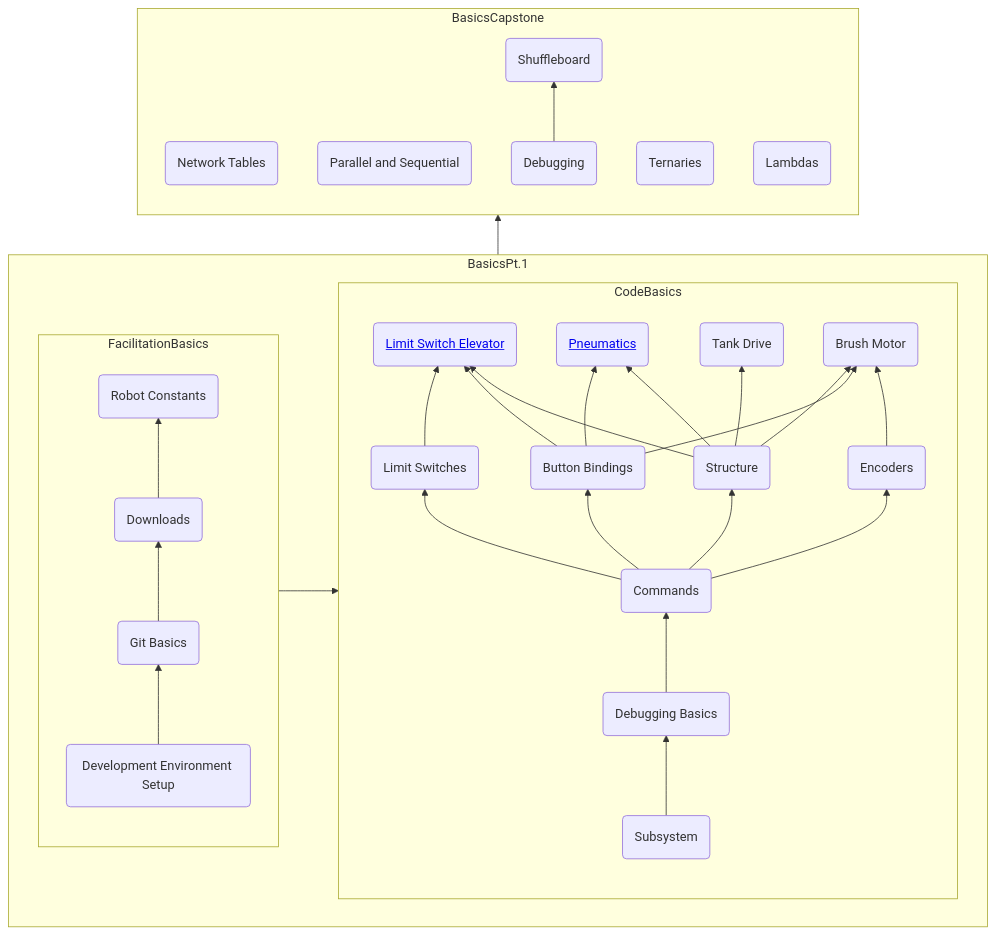
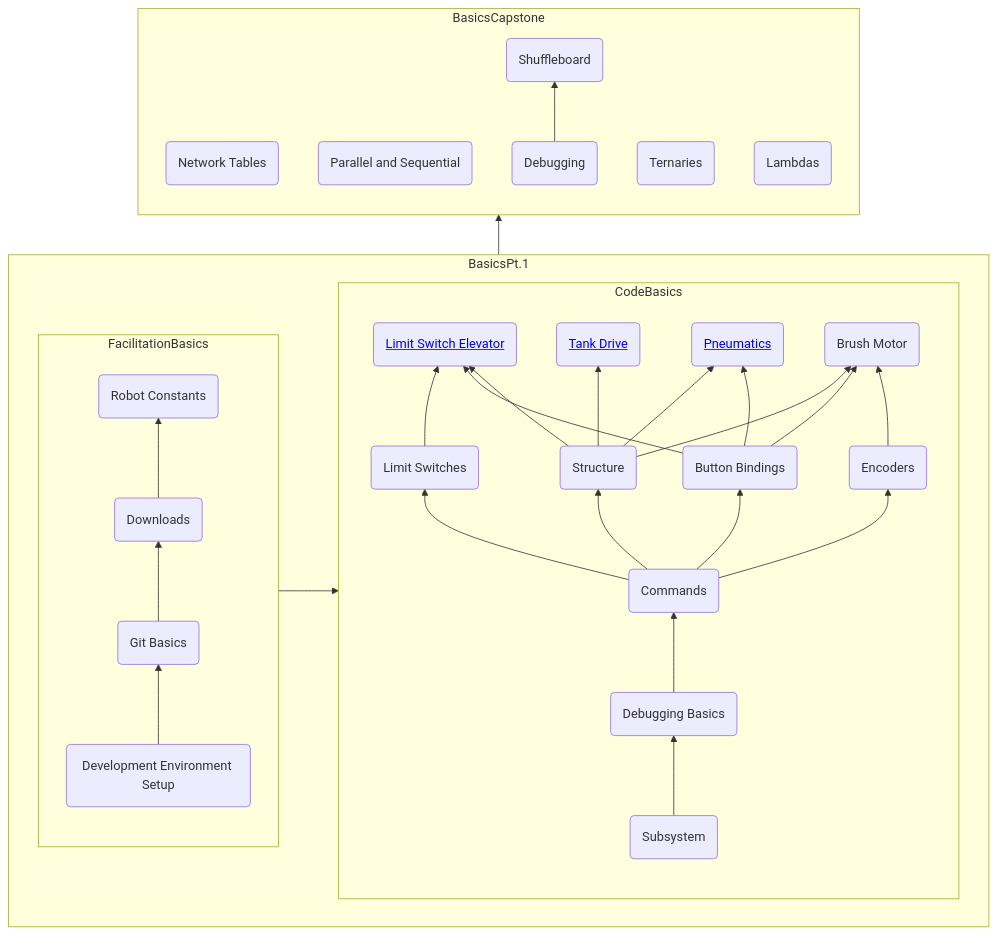
Before and after one commit to Lakemonsters2635/training: the diagram in README.md, drawn with Mermaid.

Commit message:
tank drive code

````diff
--- a/README.md
+++ b/README.md
@@ -8,41 +8,41 @@
 ```mermaid
     flowchart BT
     subgraph BasicsPt.1
         direction LR
         subgraph FacilitationBasics
             direction BT
             id0(Development Environment Setup)-->id1
             id1(Git Basics)-->id12(Downloads);
             id12-->id2(Robot Constants);
         end
         subgraph CodeBasics
             direction BT
             id11(Subsystem)-->id3(Debugging Basics);
             id3-->id4(Commands);
             id4-->id13(Structure);
             id4-->id5(Button Bindings);
             id4-->id14(Encoders);
             id4-->id6(Limit Switches);
             id13-->A(<a href='https://github.com/Lakemonsters2635/ElevatorBase'>Limit Switch Elevator</a>);
-            id13-->B(<a href='https://github.com/Lakemonsters2635/pneumatics_base'>Pneumatics</a>);
+            id13-->C(<a href='https://github.com/Eddie-Prasad/TankDriveBase'>Tank Drive</a>);
             id5-->B;
             id5-->A;
             id6-->A;
-            id13-->id8(Tank Drive);
+            id13-->B(<a href='https://github.com/Lakemonsters2635/pneumatics_base'>Pneumatics</a>);
             id14-->id9(Brush Motor);
             id5-->id9;
             id13-->id9;
         end
     end
     subgraph BasicsCapstone
         direction BT
             id10(Network Tables)~~~id19(Shuffleboard);
             id15(Parallel and Sequential)~~~id19;
             id16(Debugging)-->id19;
             id17(Ternaries)~~~id19;
             id18(Lambdas)~~~id19;
     end
     FacilitationBasics-->CodeBasics;
     BasicsPt.1-->BasicsCapstone;
     
 ```
````
